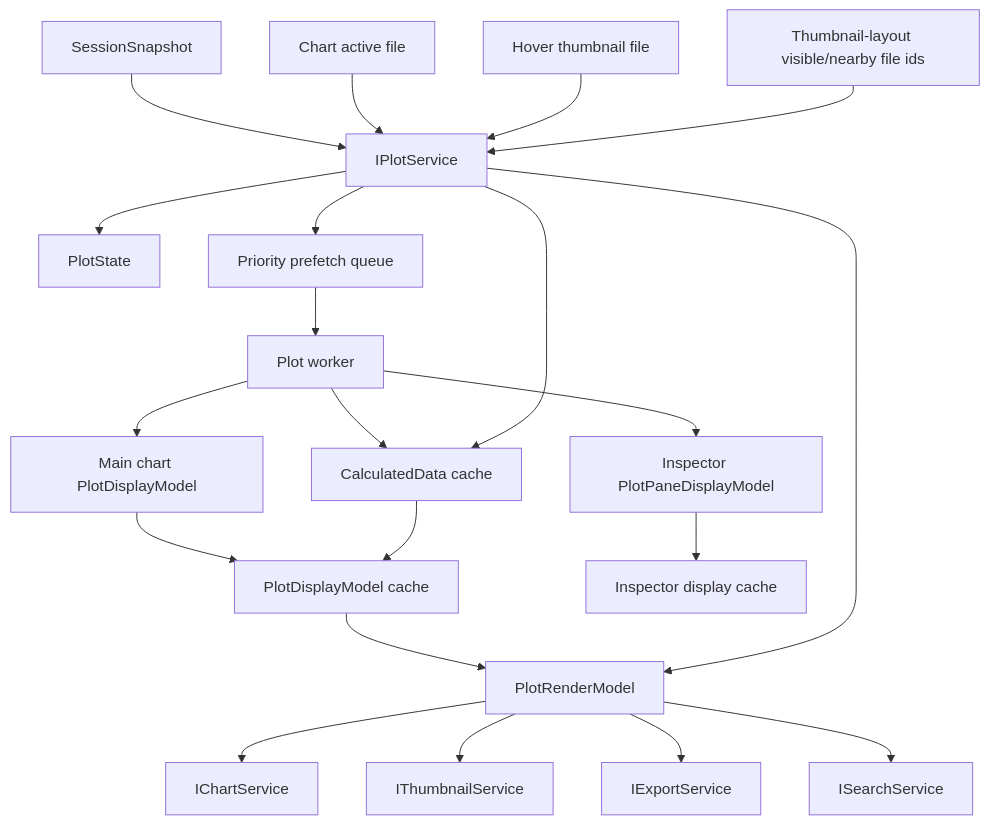
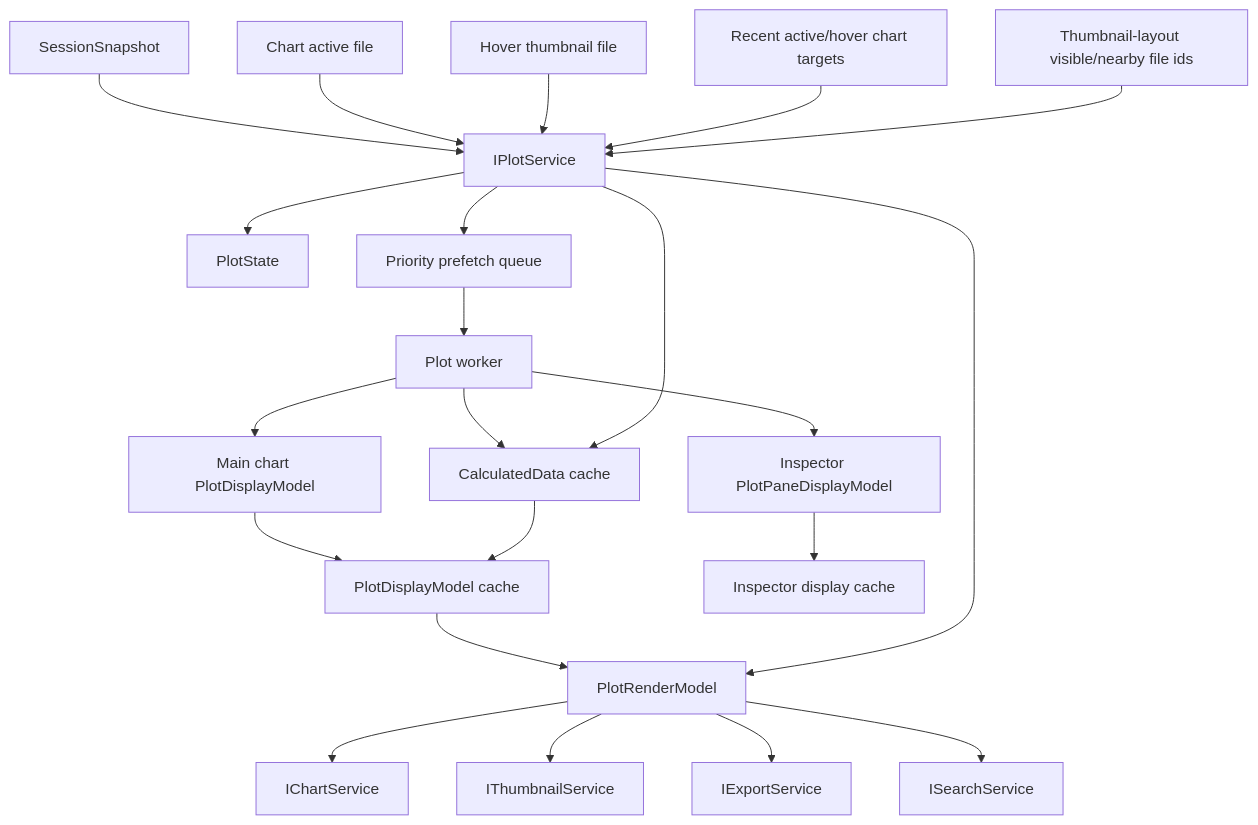
One commit to chogng/conductor changed the diagram in .github/instructions/plot.instructions.md. Above: the diagram before and after it, drawn with Mermaid. The commit also changed other lines of this file and 15 other files, not shown here.

````diff
--- a/.github/instructions/plot.instructions.md
+++ b/.github/instructions/plot.instructions.md
@@ -58,23 +58,24 @@
 ```mermaid
 flowchart TD
     Session[SessionSnapshot] --> PlotService[IPlotService]
     ChartActive[Chart active file] --> PlotService
     HoverPreview[Hover thumbnail file] --> PlotService
+    RecentTargets[Recent active/hover chart targets] --> PlotService
     ThumbnailRange[Thumbnail-layout visible/nearby file ids] --> PlotService
     PlotService --> State[PlotState]
     PlotService --> Queue[Priority prefetch queue]
     Queue --> Worker[Plot worker]
     Worker --> Cache[CalculatedData cache]
     Worker --> ChartDisplay[Main chart PlotDisplayModel]
     ChartDisplay --> DisplayCache[PlotDisplayModel cache]
     Worker --> InspectorDisplay[Inspector PlotPaneDisplayModel]
     InspectorDisplay --> InspectorCache[Inspector display cache]
     PlotService --> Cache[CalculatedData cache]
     Cache --> DisplayCache
     DisplayCache --> Model[PlotRenderModel]
     PlotService --> Model[PlotRenderModel]
     Model --> Chart[IChartService]
     Model --> Thumbnail[IThumbnailService]
     Model --> Export[IExportService]
     Model --> Search[ISearchService]
 ```
````
